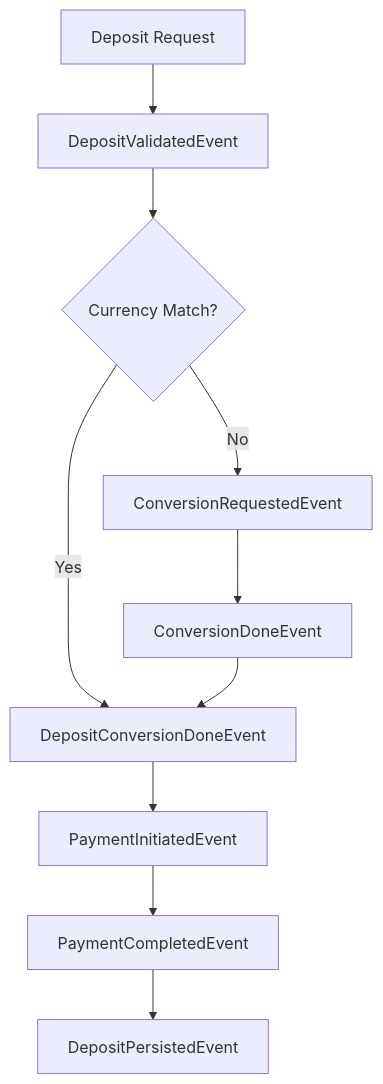
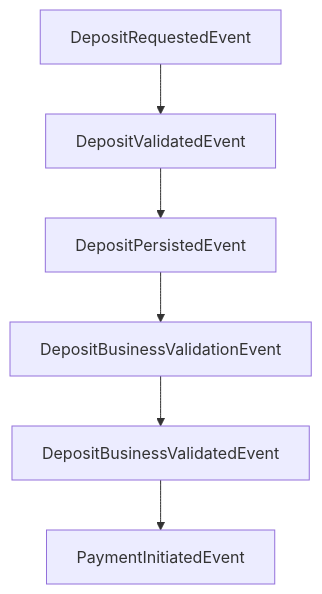
Before and after one commit to amirasaad/fintech: the first of 3 diagrams in docs/architecture.md, drawn with Mermaid. The commit also changed other lines of this file and 116 other files, not shown here.

First line of the commit message:
refactor(event-driven): ♻️ major event handler and flow refactor: simplify, modularize, and improve test coverage (#19)

````diff
--- a/docs/architecture.md
+++ b/docs/architecture.md
@@ -79,12 +33,8 @@
 ```mermaid
 graph TD
-    A[Deposit Request] --> B[DepositValidatedEvent]
-    B --> C{Currency Match?}
-    C -->|No| D[ConversionRequestedEvent]
-    C -->|Yes| E[DepositConversionDoneEvent]
-    D --> F[ConversionDoneEvent]
-    F --> E
-    E --> G[PaymentInitiatedEvent]
-    G --> H[PaymentCompletedEvent]
-    H --> I[DepositPersistedEvent]
+    A[DepositRequestedEvent] --> B[DepositValidatedEvent]
+    B --> C[DepositPersistedEvent]
+    C --> D[DepositBusinessValidationEvent]
+    D --> E[DepositBusinessValidatedEvent]
+    E --> F[PaymentInitiatedEvent]
 ```
````
